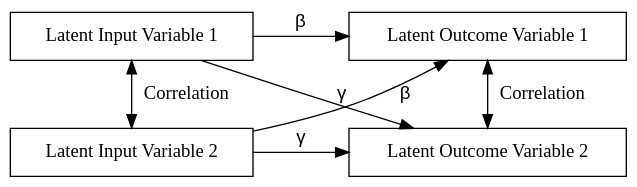
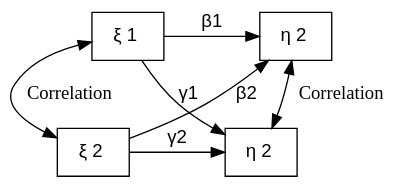
Before and after one commit to kevinli03/pspe: the second of 2 diagrams in latent/sem.qmd, drawn with Graphviz. The commit also changed other lines of this file and 66 other files, not shown here.

````diff
--- a/latent/sem.qmd
+++ b/latent/sem.qmd
@@ -55,23 +55,23 @@
 ```{dot}
 //| fig-width: 5
-//| fig-height: 1.3
+//| fig-height: 1.4
 digraph example2 {
   bgcolor="transparent";
   // Nodes
-  X1 [shape=box, label="Latent Input Variable 1"]
-  X2 [shape=box, label="Latent Input Variable 2"]
-  Y1 [shape=box, label="Latent Outcome Variable 1"]
-  Y2 [shape=box, label="Latent Outcome Variable 2"]
+  X1 [shape=box, label=<<FONT FACE="Helvetica">&xi; 1</FONT>>]
+  X2 [shape=box, label=<<FONT FACE="Helvetica">&xi; 2</FONT>>]
+  Y1 [shape=box, label=<<FONT FACE="Helvetica">&eta; 2</FONT>>]
+  Y2 [shape=box, label=<<FONT FACE="Helvetica">&eta; 2</FONT>>]
 
   // Edges
-  {rank=same; X1 -> Y1 [label=<<FONT FACE="Arial">&beta;</FONT>>]}
-  {rank=same; X2 -> Y2 [label=<<FONT FACE="Arial">&gamma;</FONT>>]}
-  X1 -> Y2 [label=<<FONT FACE="Arial">&gamma;</FONT>>]
-  X2 -> Y1 [label=<<FONT FACE="Arial">&beta;</FONT>>]
+  {rank=same; X1 -> Y1 [label=<<FONT FACE="Arial">&beta;1</FONT>>]}
+  {rank=same; X2 -> Y2 [label=<<FONT FACE="Arial">&gamma;2</FONT>>]}
+  X1 -> Y2 [label=<<FONT FACE="Arial">&gamma;1</FONT>>]
+  X2 -> Y1 [label=<<FONT FACE="Arial">&beta;2</FONT>>]
   X1 -> X2 [dir=both, label = "Correlation"]
   Y1 -> Y2 [dir=both, label = "Correlation"]
   
   graph [nodesep=0.5, ranksep=0.5]
 
 }
 ```
````
